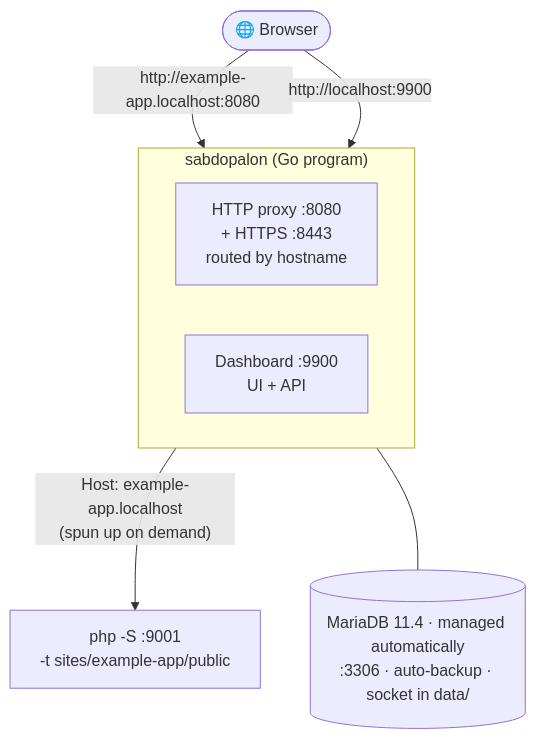
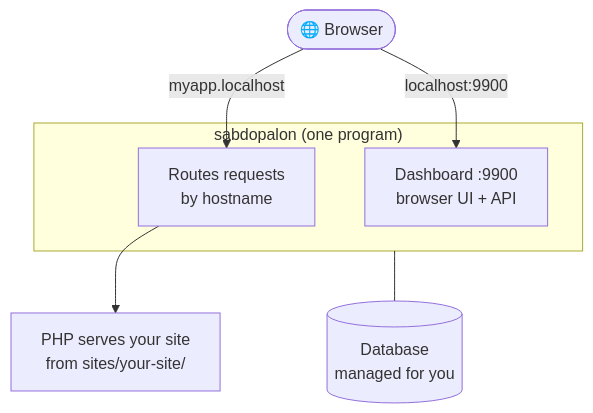
The diagram in README.md (danyakmallun9999/sabdopalon), drawn with Mermaid before and after one commit. The commit also changed other lines of this file and 1 other file, not shown here.

````diff
--- a/README.md
+++ b/README.md
@@ -255,18 +170,14 @@
 ```mermaid
 flowchart TB
     browser(["🌐 Browser"])
-
-    subgraph app["sabdopalon (Go program)"]
-        direction LR
-        proxy["HTTP proxy :8080<br>+ HTTPS :8443<br>routed by hostname"]
-        dash["Dashboard :9900<br>UI + API"]
+    subgraph app["sabdopalon (one program)"]
+        proxy["Routes requests<br>by hostname"]
+        dash["Dashboard :9900<br>browser UI + API"]
     end
-
-    php["php -S :9001<br>-t sites/example-app/public"]
-    db[("MariaDB 11.4 · managed automatically<br>:3306 · auto-backup · socket in data/")]
-
-    browser -->|"http://example-app.localhost:8080"| proxy
-    browser -->|"http://localhost:9900"| dash
-    proxy -->|"Host: example-app.localhost<br>(spun up on demand)"| php
+    php["PHP serves your site<br>from sites/your-site/"]
+    db[("Database<br>managed for you")]
+    browser -->|"myapp.localhost"| proxy
+    browser -->|"localhost:9900"| dash
+    proxy --> php
     app --- db
 ```
````
